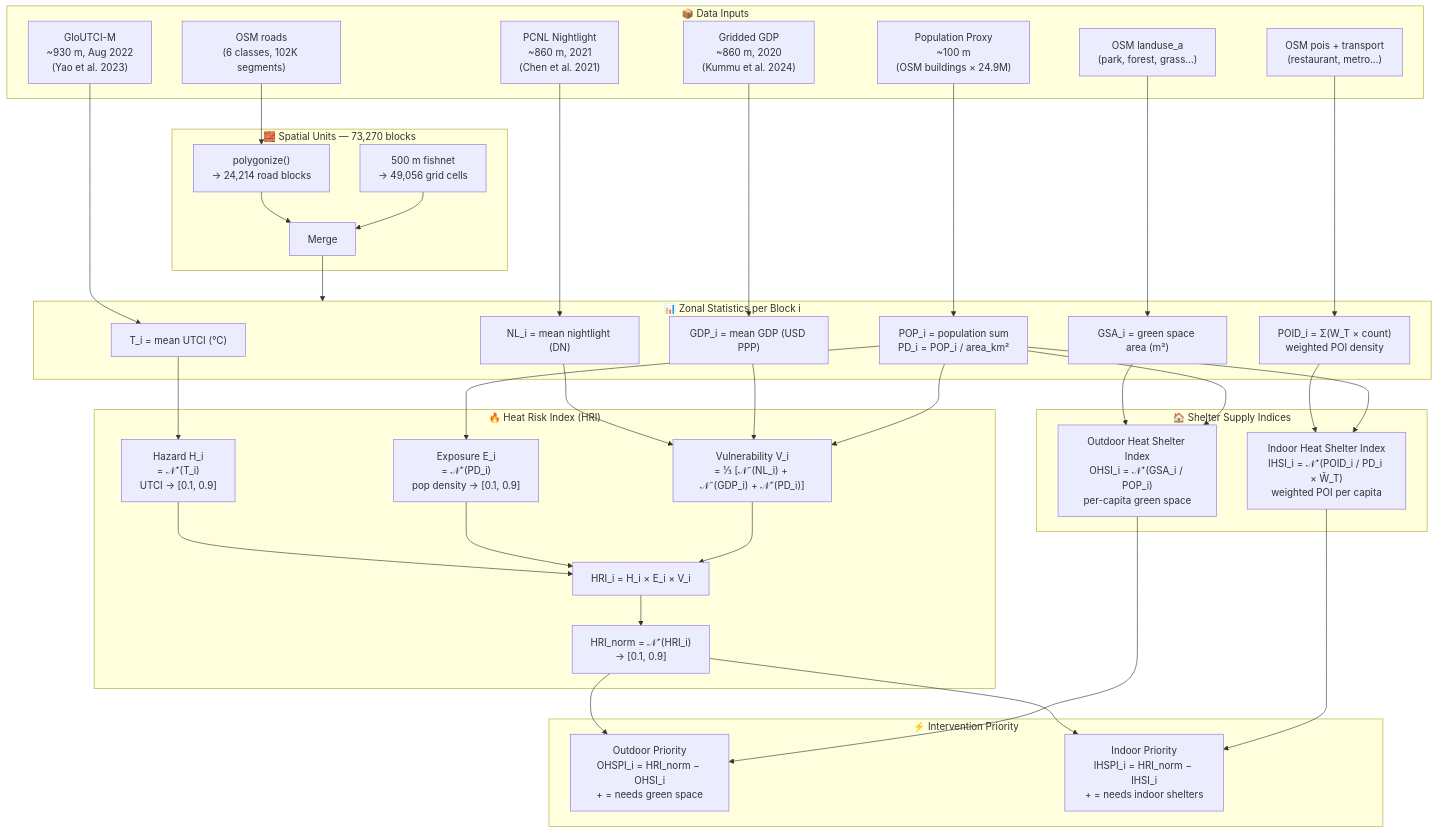
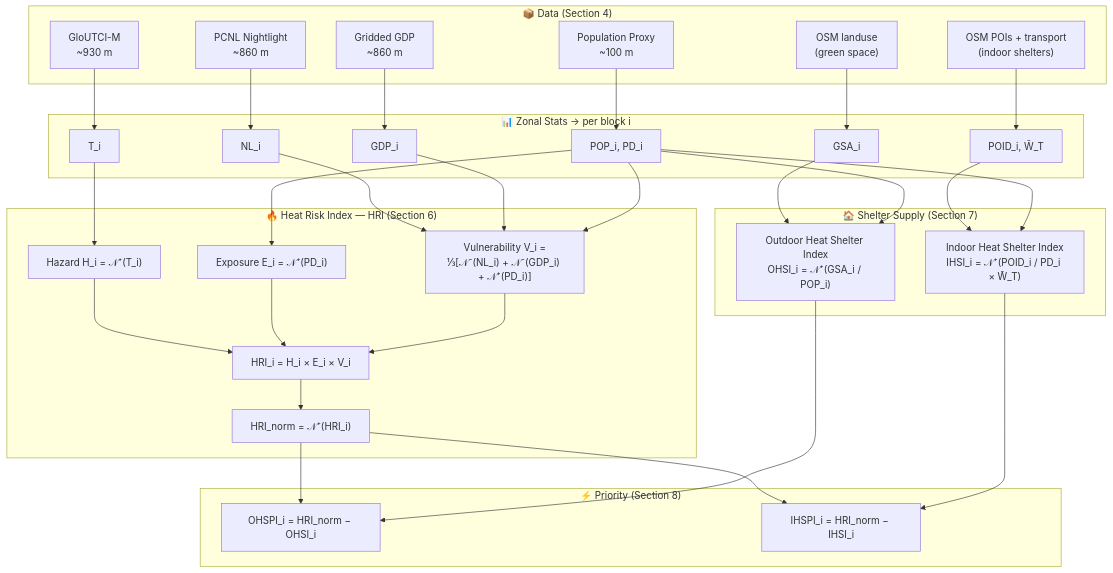
The second of 3 diagrams in docs/model_specification.md (Aurora-yang-git/HRI), drawn with Mermaid before and after one commit. The commit also changed other lines of this file, not shown here.

First line of the commit message:
docs: restructure model spec — unified Data Preparation section

````diff
--- a/docs/model_specification.md
+++ b/docs/model_specification.md
@@ -62,60 +117,46 @@
 ```mermaid
 flowchart TD
-    subgraph DATA["📦 Data Inputs"]
-        UTCI["GloUTCI-M\n~930 m, Aug 2022\n(Yao et al. 2023)"]
-        POP["Population Proxy\n~100 m\n(OSM buildings × 24.9M)"]
-        NL["PCNL Nightlight\n~860 m, 2021\n(Chen et al. 2021)"]
-        GDP["Gridded GDP\n~860 m, 2020\n(Kummu et al. 2024)"]
-        LU["OSM landuse_a\n(park, forest, grass...)"]
-        POI["OSM pois + transport\n(restaurant, metro...)"]
-        RD["OSM roads\n(6 classes, 102K segments)"]
+    subgraph DATA["📦 Data (Section 4)"]
+        UTCI["GloUTCI-M\n~930 m"]
+        POP["Population Proxy\n~100 m"]
+        NL["PCNL Nightlight\n~860 m"]
+        GDP["Gridded GDP\n~860 m"]
+        LU["OSM landuse\n(green space)"]
+        POI["OSM POIs + transport\n(indoor shelters)"]
     end
 
-    subgraph BLOCKS["🧱 Spatial Units — 73,270 blocks"]
-        RD --> POLY["polygonize()\n→ 24,214 road blocks"]
-        POLY --> UNION["Merge"]
-        FISH["500 m fishnet\n→ 49,056 grid cells"] --> UNION
+    subgraph ZONAL["📊 Zonal Stats → per block i"]
+        UTCI --> Z_T["T_i"]
+        POP --> Z_PD["POP_i, PD_i"]
+        NL --> Z_NL["NL_i"]
+        GDP --> Z_GDP["GDP_i"]
+        LU --> Z_GSA["GSA_i"]
+        POI --> Z_POI["POID_i, W̄_T"]
     end
 
-    subgraph ZONAL["📊 Zonal Statistics per Block i"]
-        UTCI --> Z_T["T_i = mean UTCI (°C)"]
-        POP --> Z_PD["POP_i = population sum\nPD_i = POP_i / area_km²"]
-        NL --> Z_NL["NL_i = mean nightlight (DN)"]
-        GDP --> Z_GDP["GDP_i = mean GDP (USD PPP)"]
-        LU --> Z_GSA["GSA_i = green space area (m²)"]
-        POI --> Z_POI["POID_i = Σ(W_T × count)\nweighted POI density"]
-    end
-
-    UNION --> ZONAL
-
-    subgraph HRI["🔥 Heat Risk Index (HRI)"]
-        Z_T --> HAZ["Hazard H_i\n= 𝒩⁺(T_i)\nUTCI → [0.1, 0.9]"]
-        Z_PD --> EXP["Exposure E_i\n= 𝒩⁺(PD_i)\npop density → [0.1, 0.9]"]
-
-        Z_NL --> VUL
+    subgraph HRI["🔥 Heat Risk Index — HRI (Section 6)"]
+        Z_T --> HAZ["Hazard H_i = 𝒩⁺(T_i)"]
+        Z_PD --> EXP["Exposure E_i = 𝒩⁺(PD_i)"]
+        Z_NL --> VUL["Vulnerability V_i =\n⅓[𝒩⁻(NL_i) + 𝒩⁻(GDP_i) + 𝒩⁺(PD_i)]"]
         Z_GDP --> VUL
         Z_PD --> VUL
-        VUL["Vulnerability V_i\n= ⅓ [𝒩⁻(NL_i) + 𝒩⁻(GDP_i) + 𝒩⁺(PD_i)]"]
-
         HAZ --> MULT["HRI_i = H_i × E_i × V_i"]
         EXP --> MULT
         VUL --> MULT
-        MULT --> NORM_HRI["HRI_norm = 𝒩⁺(HRI_i)\n→ [0.1, 0.9]"]
+        MULT --> NORM_HRI["HRI_norm = 𝒩⁺(HRI_i)"]
     end
 
-    subgraph SHELTER["🏠 Shelter Supply Indices"]
-        Z_GSA --> OHSI["Outdoor Heat Shelter Index\nOHSI_i = 𝒩⁺(GSA_i / POP_i)\nper-capita green space"]
+    subgraph SHELTER["🏠 Shelter Supply (Section 7)"]
+        Z_GSA --> OHSI["Outdoor Heat Shelter Index\nOHSI_i = 𝒩⁺(GSA_i / POP_i)"]
         Z_PD --> OHSI
-
-        Z_POI --> IHSI["Indoor Heat Shelter Index\nIHSI_i = 𝒩⁺(POID_i / PD_i × W̄_T)\nweighted POI per capita"]
+        Z_POI --> IHSI["Indoor Heat Shelter Index\nIHSI_i = 𝒩⁺(POID_i / PD_i × W̄_T)"]
         Z_PD --> IHSI
     end
 
-    subgraph PRIORITY["⚡ Intervention Priority"]
-        NORM_HRI --> OHSPI["Outdoor Priority\nOHSPI_i = HRI_norm − OHSI_i\n+ = needs green space"]
+    subgraph PRIORITY["⚡ Priority (Section 8)"]
+        NORM_HRI --> OHSPI["OHSPI_i = HRI_norm − OHSI_i"]
         OHSI --> OHSPI
-
-        NORM_HRI --> IHSPI["Indoor Priority\nIHSPI_i = HRI_norm − IHSI_i\n+ = needs indoor shelters"]
+        NORM_HRI --> IHSPI["IHSPI_i = HRI_norm − IHSI_i"]
         IHSI --> IHSPI
     end
 ```
````
